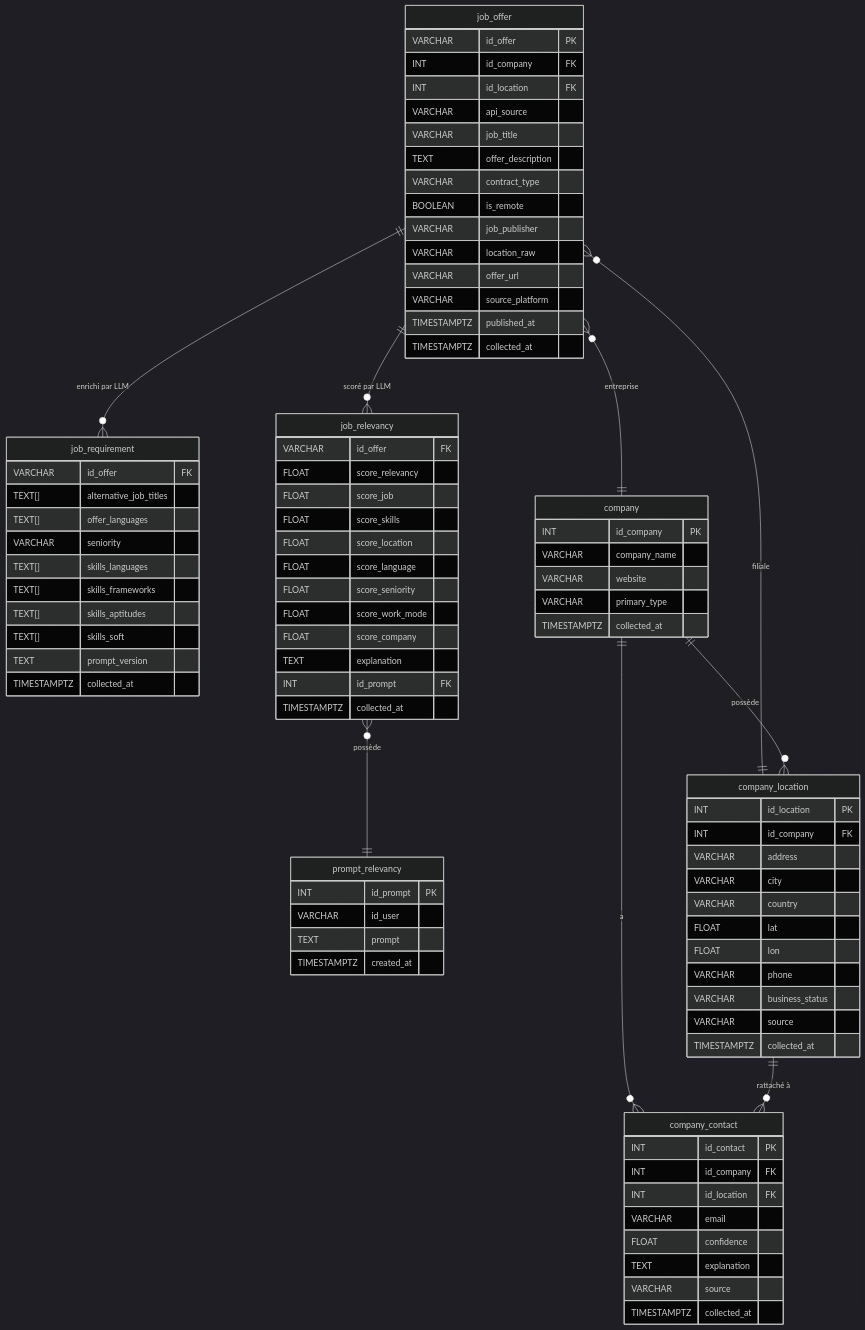
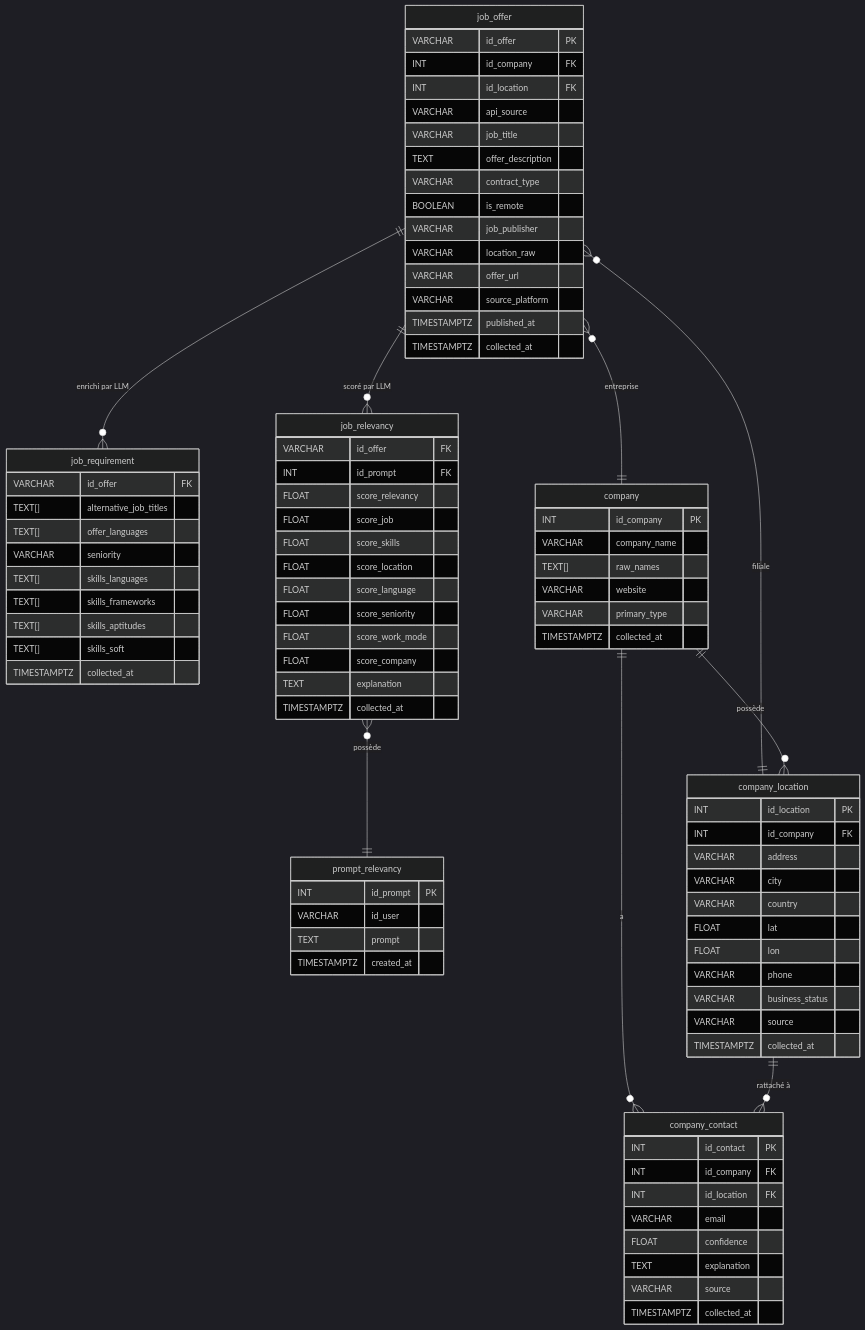
Before and after one commit to BigDataCorrompu/InternshipLatam: the diagram in docs/SilverTables.md, drawn with Mermaid (dark theme). The commit also changed 3 other files, not shown here.

```diff
--- a/docs/SilverTables.md
+++ b/docs/SilverTables.md
@@ -27,11 +27,11 @@
     TEXT[] skills_frameworks
     TEXT[] skills_aptitudes
     TEXT[] skills_soft
-    TEXT prompt_version
     TIMESTAMPTZ collected_at
   }
   job_relevancy {
     VARCHAR id_offer FK
+    INT id_prompt FK
     FLOAT score_relevancy
     FLOAT score_job
     FLOAT score_skills
@@ -41,7 +41,6 @@
     FLOAT score_work_mode
     FLOAT score_company
     TEXT explanation
-    INT id_prompt FK
     TIMESTAMPTZ collected_at
   }
   prompt_relevancy {
@@ -53,6 +52,7 @@
   company {
     INT id_company PK
     VARCHAR company_name
+    TEXT[] raw_names
     VARCHAR website
     VARCHAR primary_type
     TIMESTAMPTZ collected_at
```
